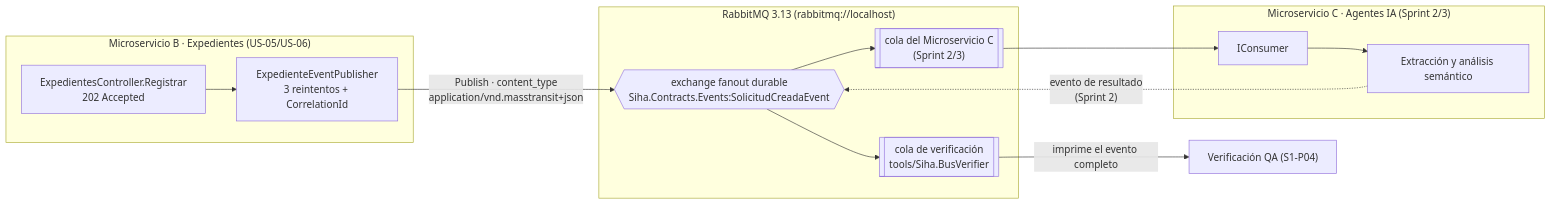
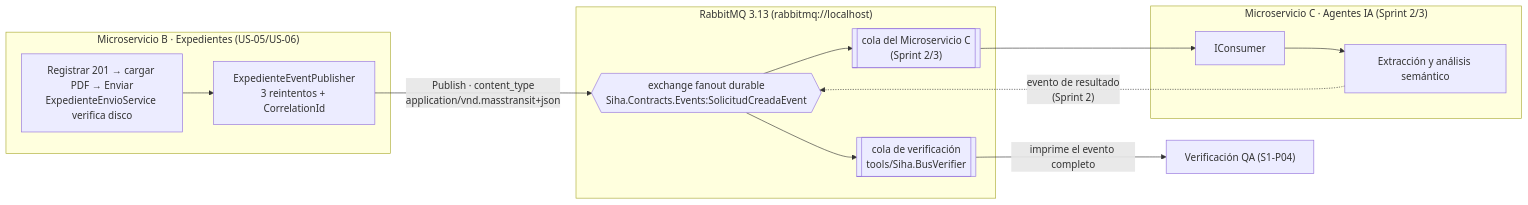
The first of 2 diagrams in docs/contrato-solicitud-creada-event.md (JairLeonUTa/proyecto_Metodologias_Agiles), drawn with Mermaid before and after one commit. The commit also changed other lines of this file and 6 other files, not shown here.

````diff
--- a/docs/contrato-solicitud-creada-event.md
+++ b/docs/contrato-solicitud-creada-event.md
@@ -193,27 +205,27 @@
 ```mermaid
 flowchart LR
     subgraph MSB["Microservicio B · Expedientes (US-05/US-06)"]
-        API["ExpedientesController.Registrar\n202 Accepted"]
+        API["Registrar 201 → cargar PDF → Enviar\nExpedienteEnvioService verifica disco"]
         PUB["ExpedienteEventPublisher\n3 reintentos + CorrelationId"]
         API --> PUB
     end
 
     subgraph BUS["RabbitMQ 3.13 (rabbitmq://localhost)"]
         EX{{"exchange fanout durable\nSiha.Contracts.Events:SolicitudCreadaEvent"}}
         QV[["cola de verificación\ntools/Siha.BusVerifier"]]
         QC[["cola del Microservicio C\n(Sprint 2/3)"]]
         EX --> QV
         EX --> QC
     end
 
     subgraph MSC["Microservicio C · Agentes IA (Sprint 2/3)"]
         CON["IConsumer<SolicitudCreadaEvent>"]
         ANA["Extracción y análisis semántico"]
         CON --> ANA
     end
 
     PUB -->|"Publish · content_type\napplication/vnd.masstransit+json"| EX
     QV -->|"imprime el evento completo"| VER["Verificación QA (S1-P04)"]
     QC --> CON
     ANA -.->|"evento de resultado\n(Sprint 2)"| EX
 ```
````
